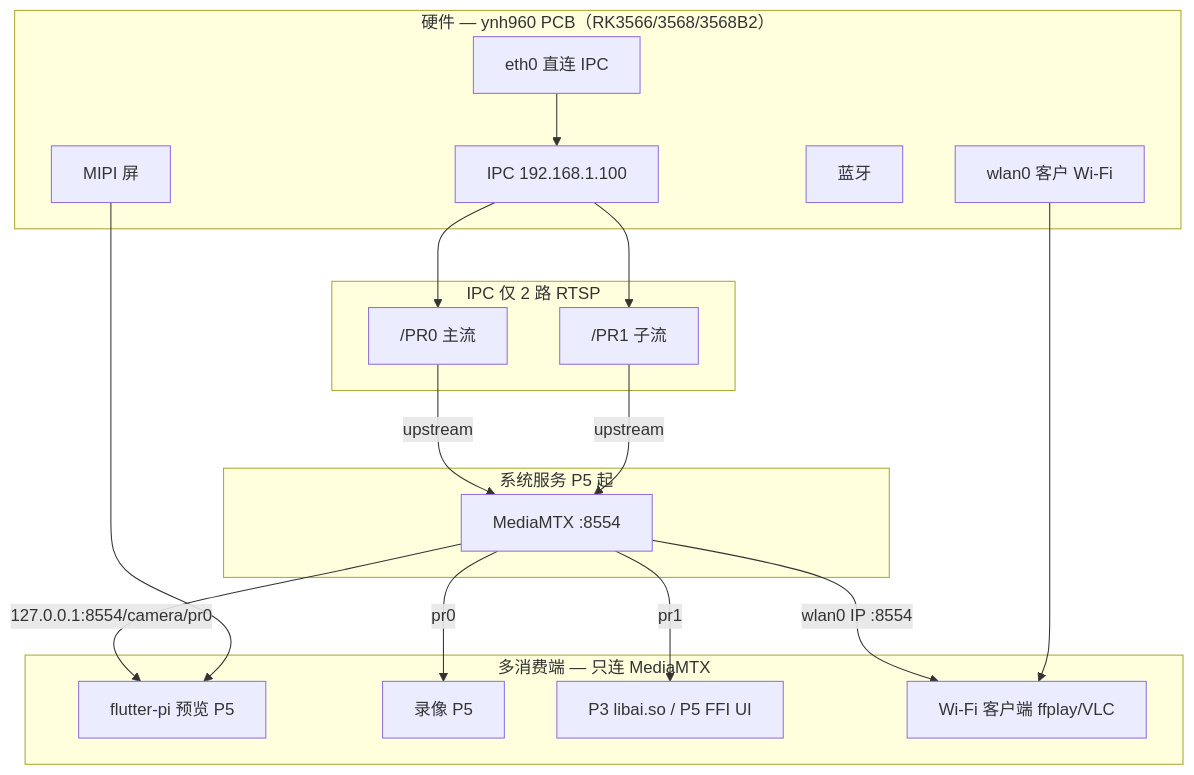
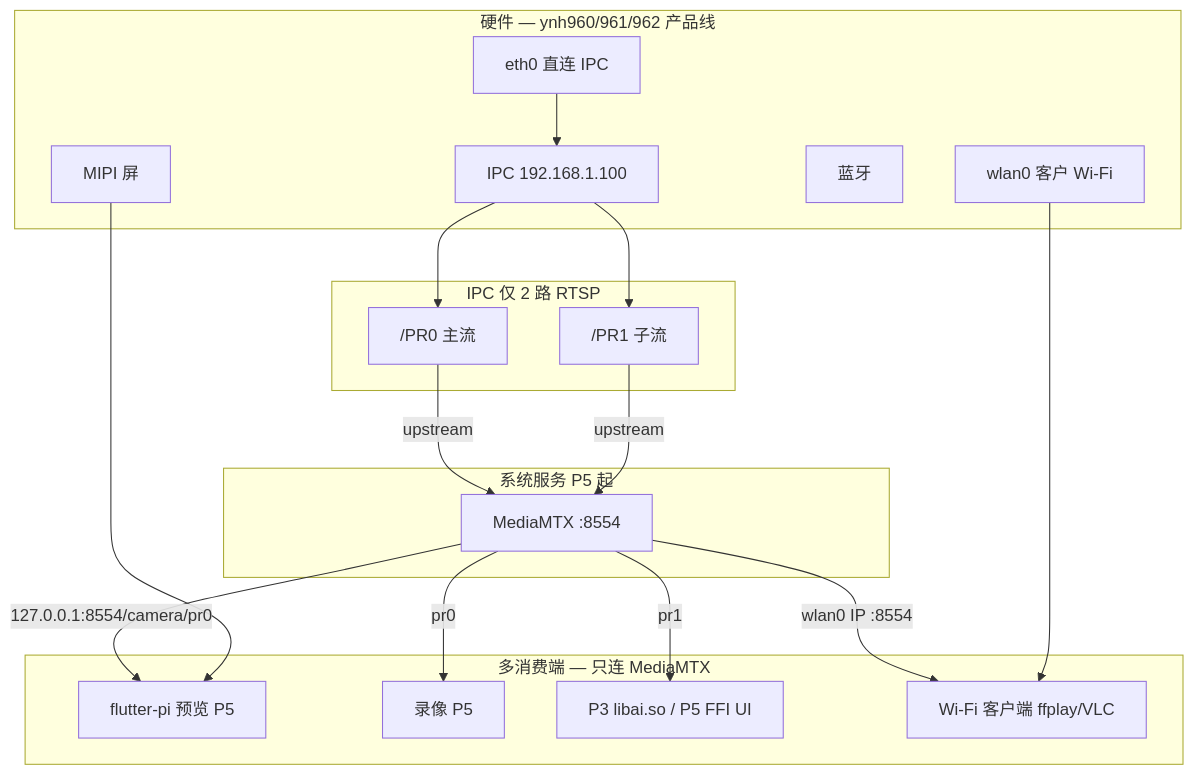
The first of 2 diagrams in docs/flutter-pi-hmi-plan.md (feng268050-ctrl/flutter_app), drawn with Mermaid before and after one commit. The commit also changed other lines of this file and 6 other files, not shown here.

````diff
--- a/docs/flutter-pi-hmi-plan.md
+++ b/docs/flutter-pi-hmi-plan.md
@@ -90,38 +90,38 @@
 ```mermaid
 flowchart TB
-  subgraph hw [硬件 — ynh960 PCB（RK3566/3568/3568B2）]
+  subgraph hw [硬件 — ynh960/961/962 产品线]
     IPC[IPC 192.168.1.100]
     ETH[eth0 直连 IPC]
     WIFI[wlan0 客户 Wi‑Fi]
     BT[蓝牙]
     LCD[MIPI 屏]
   end
 
   subgraph cam [IPC 仅 2 路 RTSP]
     PR0["/PR0 主流"]
     PR1["/PR1 子流"]
   end
 
   subgraph svc [系统服务 P5 起]
     MTX[MediaMTX :8554]
   end
 
   subgraph consumers [多消费端 — 只连 MediaMTX]
     FP[flutter-pi 预览 P5]
     REC[录像 P5]
     AI[P3 libai.so / P5 FFI UI]
     LAN[Wi‑Fi 客户端 ffplay/VLC]
   end
 
   ETH --> IPC
   IPC --> PR0
   IPC --> PR1
   PR0 -->|upstream| MTX
   PR1 -->|upstream| MTX
   MTX -->|127.0.0.1:8554/camera/pr0| FP
   MTX -->|pr0| REC
   MTX -->|pr1| AI
   MTX -->|wlan0 IP :8554| LAN
   WIFI --> LAN
   LCD --> FP
 ```
````
